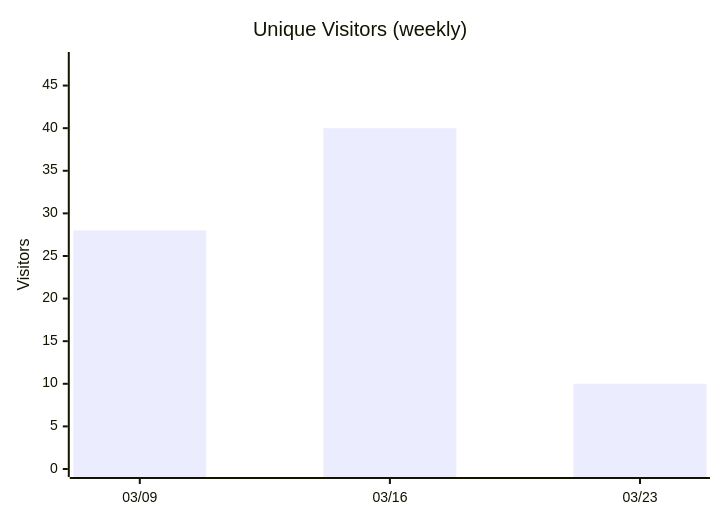
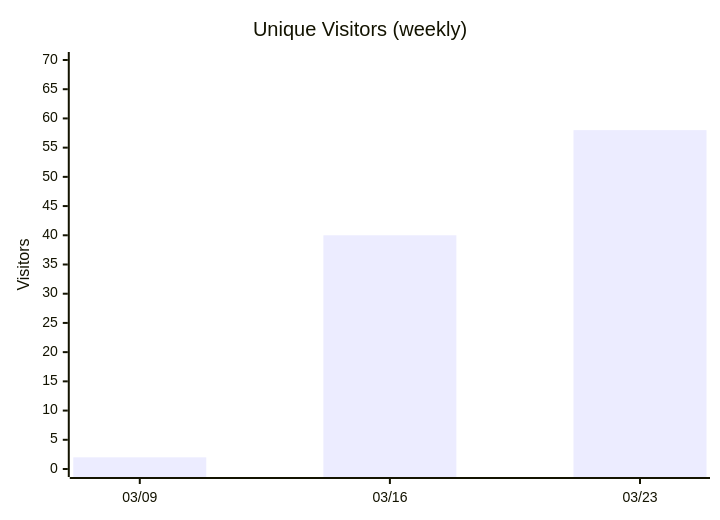
Before and after one commit to nablarch/nabledge-dev: diagram 13 of 14 in docs/metrics.md, drawn with Mermaid. The commit also changed other lines of this file, not shown here.

````diff
--- a/docs/metrics.md
+++ b/docs/metrics.md
@@ -161,7 +161,7 @@
 ```mermaid
 xychart-beta
   title "Unique Visitors (weekly)"
   x-axis ["03/09", "03/16", "03/23"]
-  y-axis "Visitors" 0 --> 48
-  bar [28, 40, 10]
+  y-axis "Visitors" 0 --> 70
+  bar [2, 40, 58]
 ```
````
